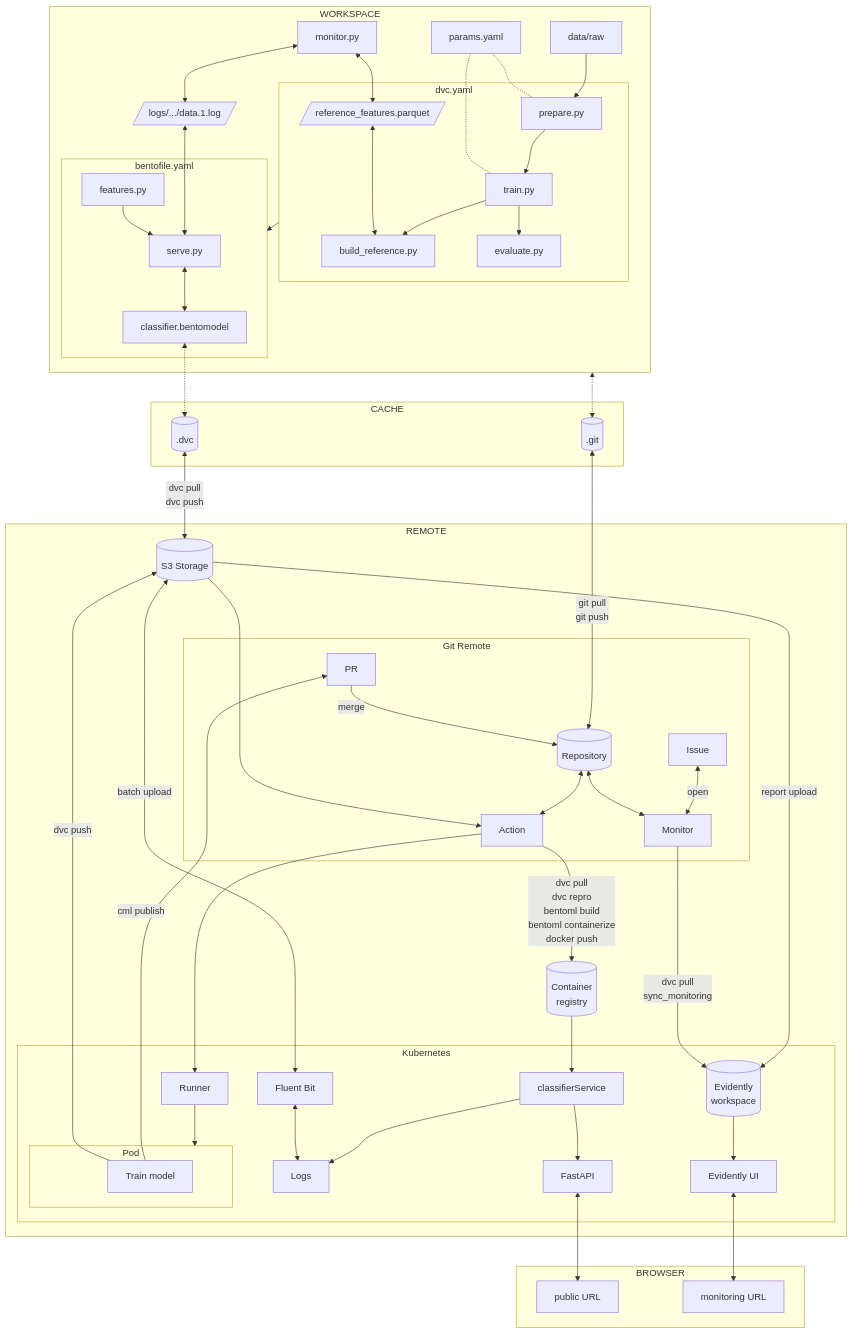
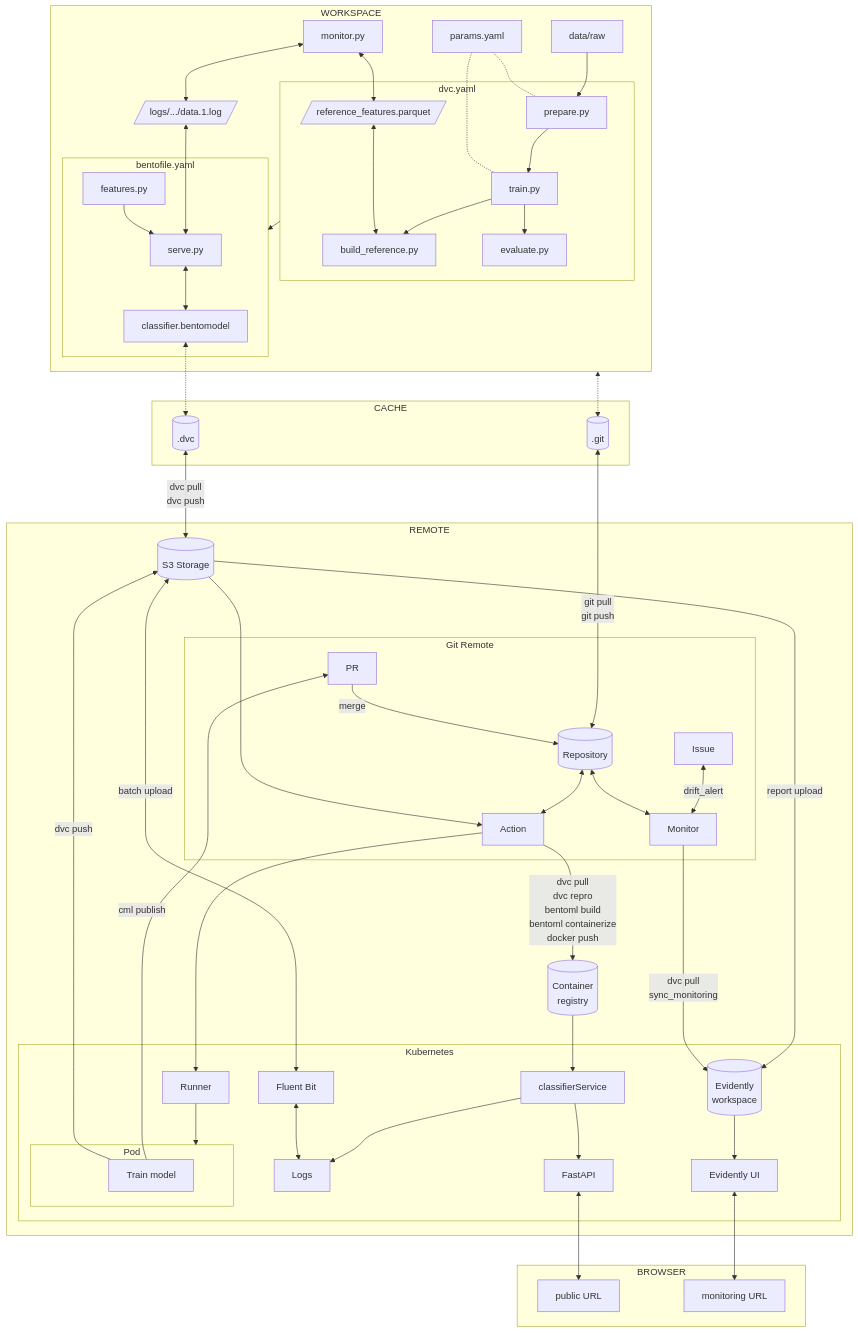
One commit to swiss-ai-center/a-guide-to-mlops changed the diagram in docs/part-4-monitor-and-maintain/conclusion.md. Above: the diagram before and after it, drawn with Mermaid. The commit also changed other lines of this file and 3 other files, not shown here.

````diff
--- a/docs/part-4-monitor-and-maintain/conclusion.md
+++ b/docs/part-4-monitor-and-maintain/conclusion.md
@@ -22,82 +22,82 @@
 ```mermaid
 flowchart TB
     dot_dvc[(.dvc)] <-->|dvc pull
                          dvc push| s3_storage[(S3 Storage)]
     dot_git[(.git)] <-->|git pull
                          git push| repository[(Repository)]
     workspaceGraph <-....-> dot_git
     data[data/raw]
 
     subgraph cacheGraph[CACHE]
         dot_dvc
         dot_git
     end
 
     subgraph workspaceGraph[WORKSPACE]
         drift_logs[/"logs/.../data.1.log"/] <---> serve
         subgraph bentoGraph[bentofile.yaml]
             serve[serve.py] <--> bento_model[classifier.bentomodel]
             features[features.py] --> serve
         end
         bento_model <-.-> dot_dvc
 
         data --> prepare[prepare.py]
         subgraph dvcGraph["dvc.yaml"]
             prepare --> train[train.py]
             train --> build_reference[build_reference.py]
             train --> evaluate[evaluate.py]
             reference_features[/reference_features.parquet/] <---> build_reference
         end
         params -.- train
         params[params.yaml] -.- prepare
         dvcGraph --> bentoGraph
         monitor[monitor.py] <--> reference_features
         monitor <--> drift_logs
     end
 
     subgraph remoteGraph[REMOTE]
         s3_storage
         subgraph gitGraph[Git Remote]
             request[PR] --> |merge|repository
-            issue[Issue] <--> |open| action_monitor
+            issue[Issue] <--> |drift_alert| action_monitor
             repository[(Repository)] <--> action[Action]
             repository <--> action_monitor[Monitor]
         end
         action --> |dvc pull
                     dvc repro
                     bentoml build
                     bentoml containerize
                     docker push|registry
         s3_storage ~~~ request
 
         s3_storage --> action
         subgraph clusterGraph[Kubernetes]
             subgraph clusterPodGraph[Pod]
                 pod_train[Train model]
             end
             pod_runner[Runner] --> clusterPodGraph
             bento_service_cluster[classifierService] --> k8s_fastapi[FastAPI]
             bento_service_cluster --> cluster_logs[Logs]
             fluent_bit[Fluent Bit] <--> cluster_logs
             k8s_evidentlyworkspace[(Evidently
                                     workspace)]
             k8s_evidentlyui[Evidently UI]
         end
         action --> pod_runner
         pod_train -->|cml publish| request
         pod_train -->|dvc push| s3_storage
         s3_storage <--> |batch upload| fluent_bit
 
         registry[(Container
                   registry)] --> bento_service_cluster
         s3_storage --> |report upload|k8s_evidentlyworkspace
         action_monitor --> |dvc pull
                             sync_monitoring|k8s_evidentlyworkspace
         k8s_evidentlyworkspace --> k8s_evidentlyui
     end
 
     subgraph browserGraph[BROWSER]
         k8s_fastapi <--> publicURL["public URL"]
         k8s_evidentlyui <--> monitoringURL["monitoring URL"]
     end
 ```
````
